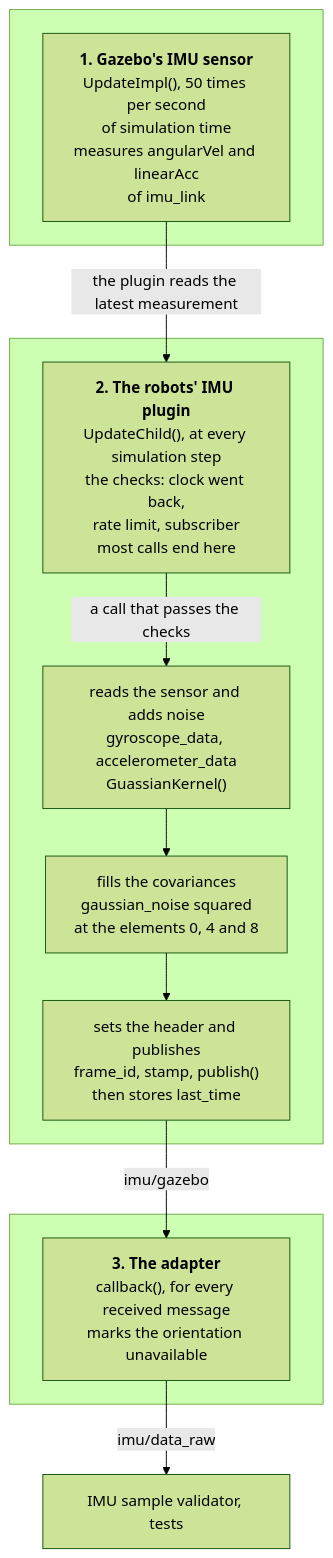
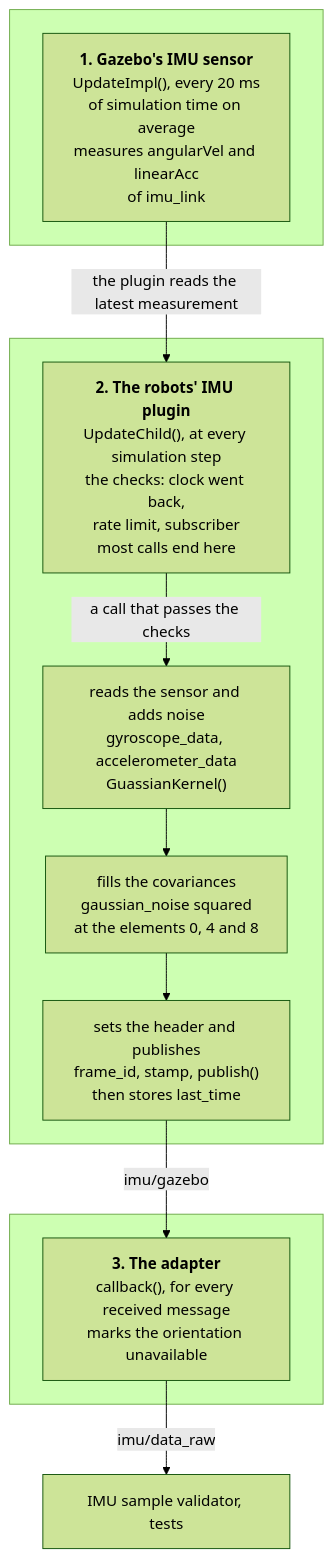
The first of 3 diagrams in docs/packages/imu/simulation/measurement-to-message.md (ros-mobile-robots/ros-mobile-robots.github.io), drawn with Mermaid (forest theme) before and after one commit. The commit also changed other lines of this file and 4 other files, not shown here.

First line of the commit message:
IMU Simulation: Gazebo's carried update delay, the reset test's saved count

````diff
--- a/docs/packages/imu/simulation/measurement-to-message.md
+++ b/docs/packages/imu/simulation/measurement-to-message.md
@@ -21,21 +21,21 @@
 ```mermaid
 graph TB
   subgraph PART1 [ ]
-    MEASURE["<b>1. Gazebo's IMU sensor</b><br/>UpdateImpl(), 50 times per second<br/>of simulation time<br/>measures angularVel and linearAcc<br/>of imu_link"]
+    MEASURE["<b>1. Gazebo's IMU sensor</b><br/>UpdateImpl(), every 20 ms<br/>of simulation time on average<br/>measures angularVel and linearAcc<br/>of imu_link"]
   end
   subgraph PART2 [ ]
     CHECKS["<b>2. The robots' IMU plugin</b><br/>UpdateChild(), at every simulation step<br/>the checks: clock went back,<br/>rate limit, subscriber<br/>most calls end here"]
     READ["reads the sensor and adds noise<br/>gyroscope_data, accelerometer_data<br/>GuassianKernel()"]
     COVARIANCE["fills the covariances<br/>gaussian_noise squared<br/>at the elements 0, 4 and 8"]
     PUBLISH["sets the header and publishes<br/>frame_id, stamp, publish()<br/>then stores last_time"]
     CHECKS -->|a call that passes the checks| READ
     READ --> COVARIANCE
     COVARIANCE --> PUBLISH
   end
   subgraph PART3 [ ]
     CALLBACK["<b>3. The adapter</b><br/>callback(), for every received message<br/>marks the orientation unavailable"]
   end
   MEASURE -->|the plugin reads the latest measurement| CHECKS
   PUBLISH -->|imu/gazebo| CALLBACK
   CALLBACK -->|imu/data_raw| READERS["IMU sample validator, tests"]
 ```
````
